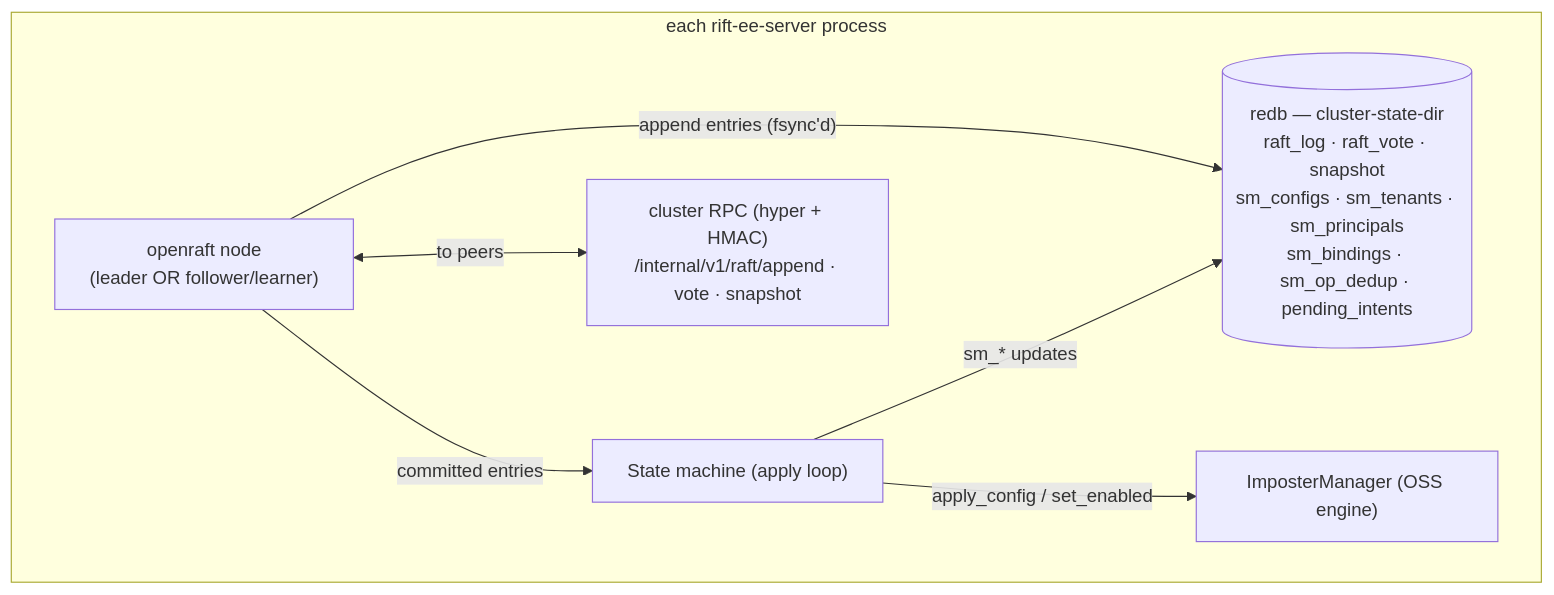
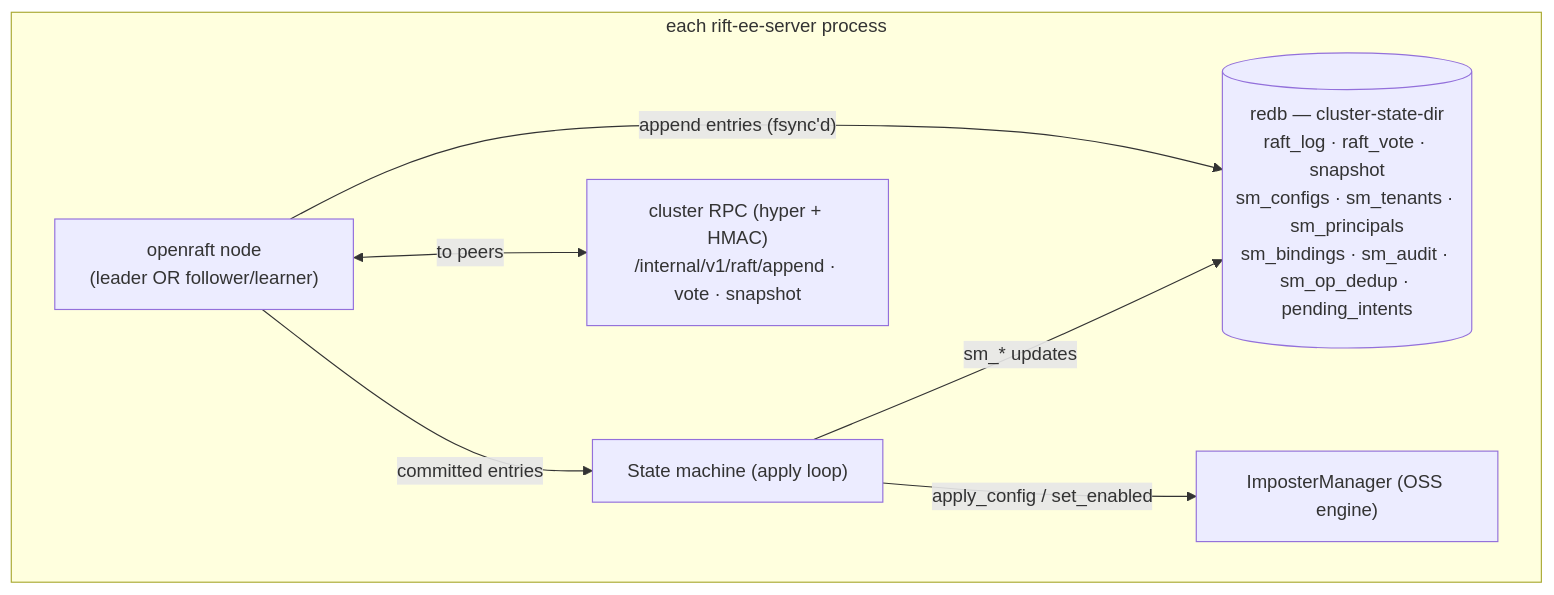
One commit to achird-labs/rift-cluster changed the first of 2 diagrams in docs/architecture/03-control-plane.md. Above: the diagram before and after it, drawn with Mermaid. The commit also changed 8 other files, not shown here.

First line of the commit message:
feat(cluster): audit stream + leader-side quotas (#163)

````diff
--- a/docs/architecture/03-control-plane.md
+++ b/docs/architecture/03-control-plane.md
@@ -36,16 +36,16 @@
 ```mermaid
 flowchart TB
     subgraph Node["each rift-ee-server process"]
         RN["openraft node<br/>(leader OR follower/learner)"]
         SM["State machine (apply loop)"]
-        DB[("redb — cluster-state-dir<br/>raft_log · raft_vote · snapshot<br/>sm_configs · sm_tenants · sm_principals<br/>sm_bindings · sm_op_dedup · pending_intents")]
+        DB[("redb — cluster-state-dir<br/>raft_log · raft_vote · snapshot<br/>sm_configs · sm_tenants · sm_principals<br/>sm_bindings · sm_audit · sm_op_dedup · pending_intents")]
         IM["ImposterManager (OSS engine)"]
         RPC["cluster RPC (hyper + HMAC)<br/>/internal/v1/raft/append · vote · snapshot"]
     end
 
     RN -- "append entries (fsync'd)" --> DB
     RN -- "committed entries" --> SM
     SM -- "sm_* updates" --> DB
     SM -- "apply_config / set_enabled" --> IM
     RN <-- "to peers" --> RPC
 ```
````
